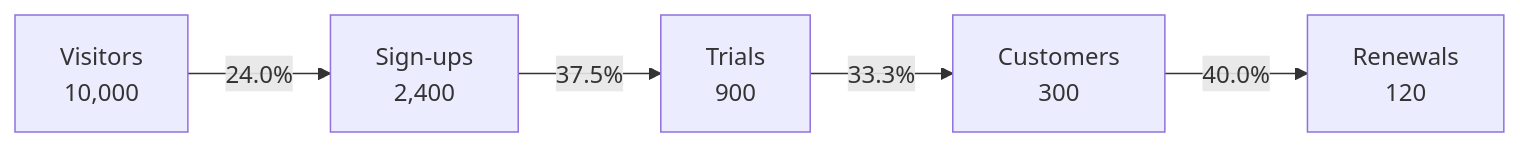
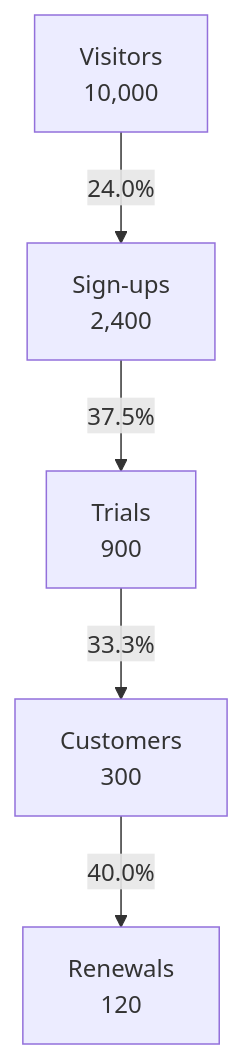
One commit to vrevolverrr/vicher changed the diagram in eval/figure/generated/haiku/b-funnel.md. Above: the diagram before and after it, drawn with Mermaid. The commit also changed other lines of this file and 105 other files, not shown here.

Commit message:
test(eval): regenerate the figure replies under the final prompt

````diff
--- a/eval/figure/generated/haiku/b-funnel.md
+++ b/eval/figure/generated/haiku/b-funnel.md
@@ -1,7 +1,7 @@
 ```mermaid
-flowchart LR
+flowchart TD
     V["Visitors<br/>10,000"] -->|"24.0%"| S["Sign-ups<br/>2,400"]
     S -->|"37.5%"| T["Trials<br/>900"]
     T -->|"33.3%"| C["Customers<br/>300"]
     C -->|"40.0%"| R["Renewals<br/>120"]
 ```
````
